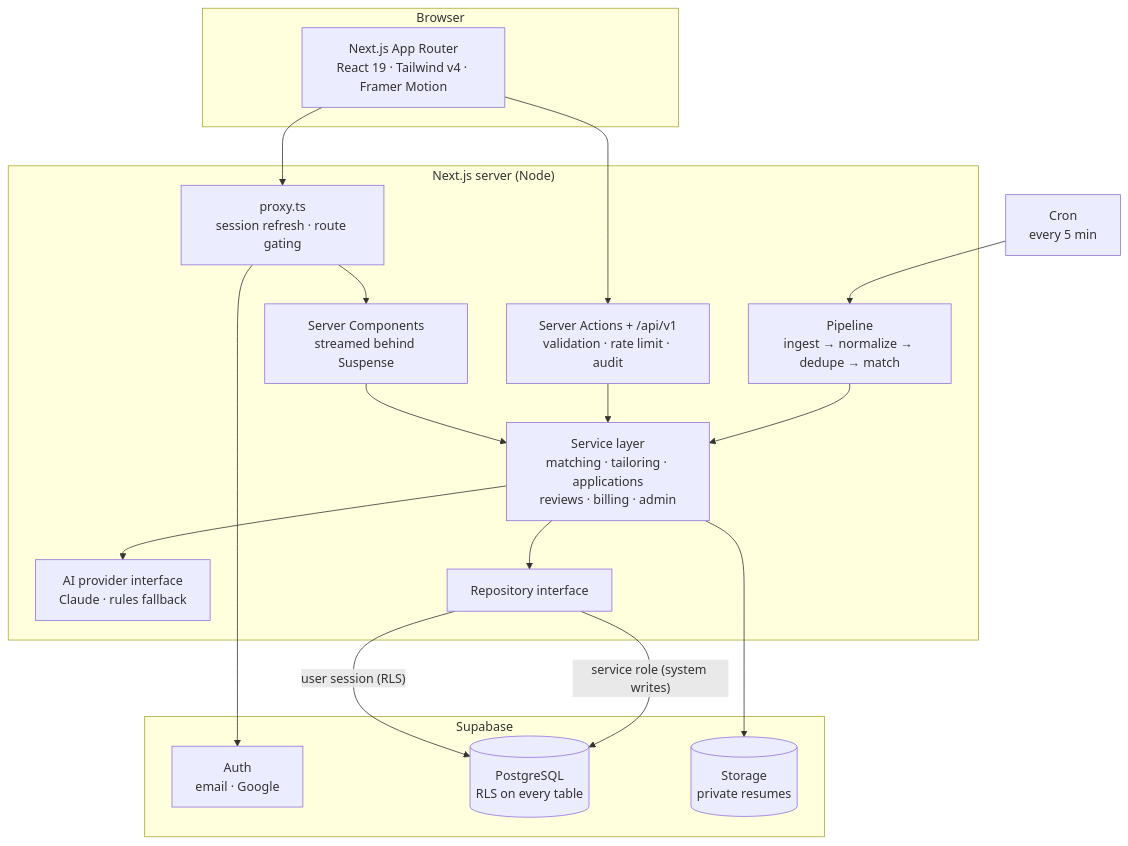
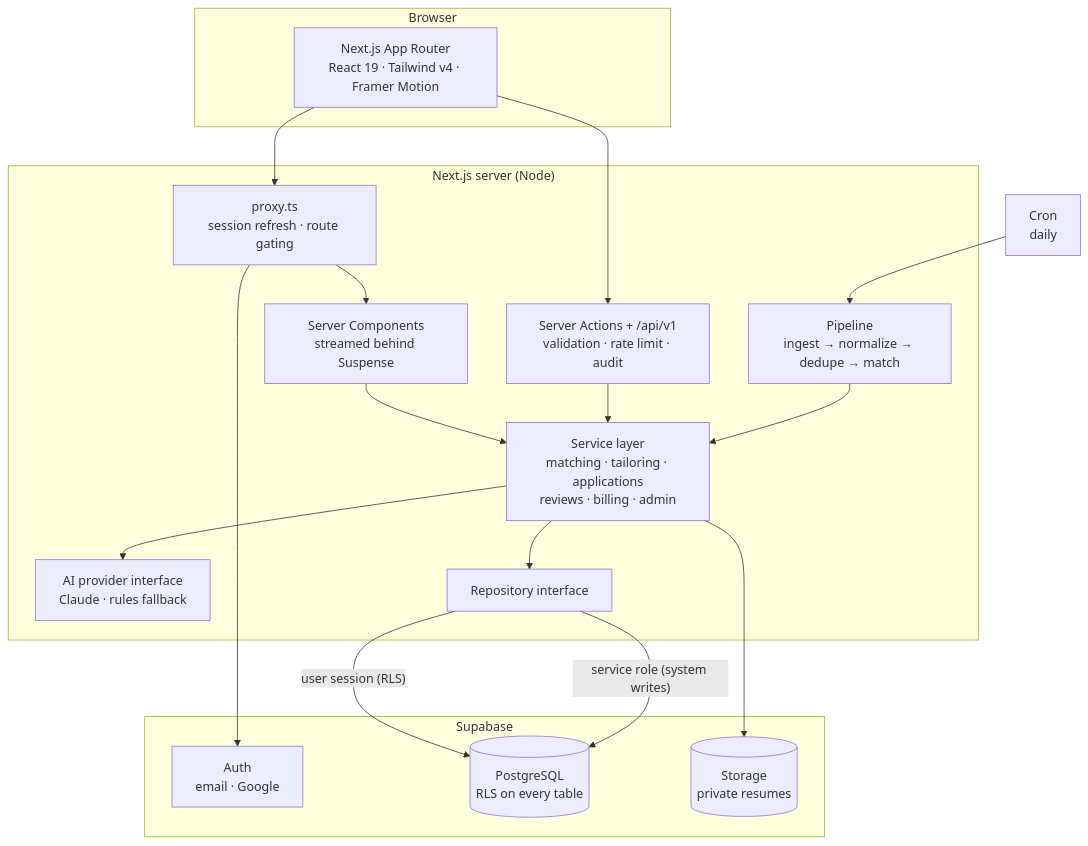
Before and after one commit to rohanmalyadri/SkyLark: the second of 6 diagrams in README.md, drawn with Mermaid. The commit also changed other lines of this file, not shown here.

First line of the commit message:
Add live Vercel link to README and reflect daily cron schedule

````diff
--- a/README.md
+++ b/README.md
@@ -183,35 +183,35 @@
 ```mermaid
 flowchart TB
     subgraph Browser
         UI["Next.js App Router<br/>React 19 · Tailwind v4 · Framer Motion"]
     end
 
     subgraph Server["Next.js server (Node)"]
         Proxy["proxy.ts<br/>session refresh · route gating"]
         Pages["Server Components<br/>streamed behind Suspense"]
         Actions["Server Actions + /api/v1<br/>validation · rate limit · audit"]
         Services["Service layer<br/>matching · tailoring · applications<br/>reviews · billing · admin"]
         Pipeline["Pipeline<br/>ingest → normalize → dedupe → match"]
         AI["AI provider interface<br/>Claude · rules fallback"]
         Repo["Repository interface"]
     end
 
     subgraph Data["Supabase"]
         Auth["Auth<br/>email · Google"]
         PG[("PostgreSQL<br/>RLS on every table")]
         Storage[("Storage<br/>private resumes")]
     end
 
-    Cron["Cron<br/>every 5 min"] --> Pipeline
+    Cron["Cron<br/>daily"] --> Pipeline
     UI --> Proxy --> Pages
     UI --> Actions
     Pages --> Services
     Actions --> Services
     Services --> AI
     Services --> Repo
     Pipeline --> Services
     Repo -->|"user session (RLS)"| PG
     Repo -->|"service role (system writes)"| PG
     Services --> Storage
     Proxy --> Auth
 ```
````
